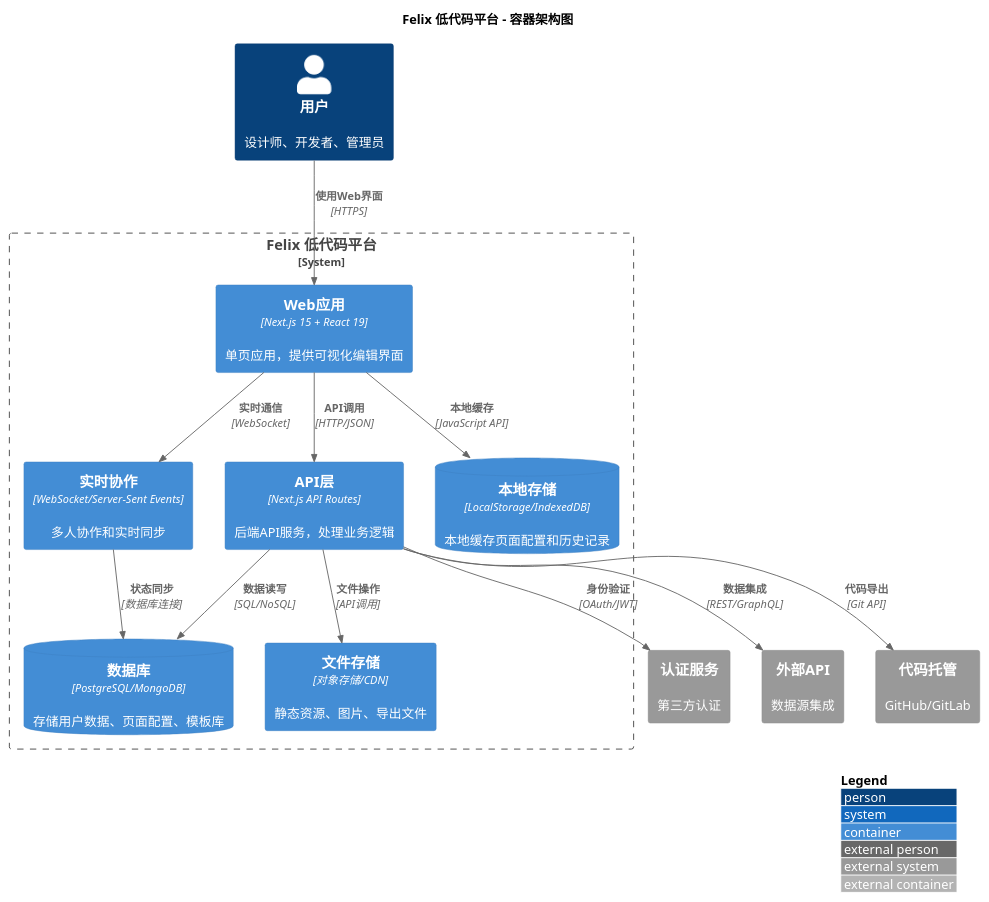
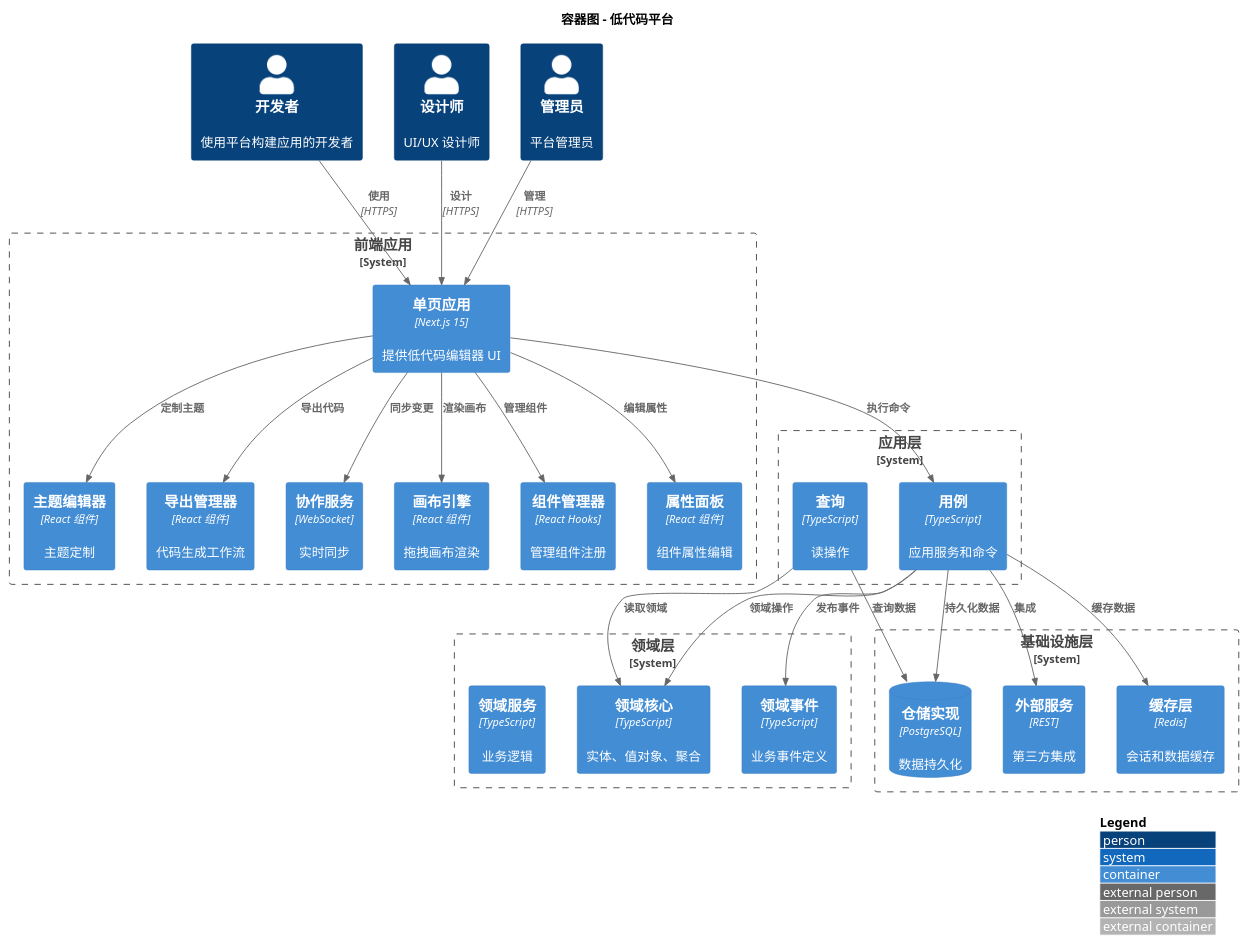
Before and after one commit to felixzhu97/low-code-platform: the diagram in docs/architecture/c4-container.puml, drawn with PlantUML. The commit also changed 3 other files, not shown here.

First line of the commit message:
docs: localize C4 PlantUML includes and update architecture diagrams

```diff
--- a/docs/architecture/c4-container.puml
+++ b/docs/architecture/c4-container.puml
@@ -1,37 +1,60 @@
-@startuml
+@startuml 低代码平台 - C4 容器图
 !include ./c4-plantuml/C4_Container.puml
 
 LAYOUT_WITH_LEGEND()
 
-title Felix 低代码平台 - 容器架构图
+title 容器图 - 低代码平台
 
-Person(user, "用户", "设计师、开发者、管理员")
+Person(developer, "开发者", "使用平台构建应用的开发者")
+Person(designer, "设计师", "UI/UX 设计师")
+Person(admin, "管理员", "平台管理员")
 
-System_Boundary(lowcode, "Felix 低代码平台") {
-    Container(webapp, "Web应用", "Next.js 15 + React 19", "单页应用，提供可视化编辑界面")
-    Container(api, "API层", "Next.js API Routes", "后端API服务，处理业务逻辑")
-    Container(realtime, "实时协作", "WebSocket/Server-Sent Events", "多人协作和实时同步")
-    
-    ContainerDb(localstorage, "本地存储", "LocalStorage/IndexedDB", "本地缓存页面配置和历史记录")
-    ContainerDb(database, "数据库", "PostgreSQL/MongoDB", "存储用户数据、页面配置、模板库")
-    Container(storage, "文件存储", "对象存储/CDN", "静态资源、图片、导出文件")
+System_Boundary(frontend, "前端应用") {
+    Container(spa, "单页应用", "Next.js 15", "提供低代码编辑器 UI")
+    Container(canvas, "画布引擎", "React 组件", "拖拽画布渲染")
+    Container(component_mgr, "组件管理器", "React Hooks", "管理组件注册")
+    Container(property_panel, "属性面板", "React 组件", "组件属性编辑")
+    Container(theme_editor, "主题编辑器", "React 组件", "主题定制")
+    Container(export_mgr, "导出管理器", "React 组件", "代码生成工作流")
+    Container(collaboration, "协作服务", "WebSocket", "实时同步")
 }
 
-System_Ext(auth, "认证服务", "第三方认证")
-System_Ext(external_api, "外部API", "数据源集成")
-System_Ext(git_service, "代码托管", "GitHub/GitLab")
+System_Boundary(domain, "领域层") {
+    Container(domain_core, "领域核心", "TypeScript", "实体、值对象、聚合")
+    Container(domain_events, "领域事件", "TypeScript", "业务事件定义")
+    Container(domain_services, "领域服务", "TypeScript", "业务逻辑")
+}
 
-Rel(user, webapp, "使用Web界面", "HTTPS")
-Rel(webapp, api, "API调用", "HTTP/JSON")
-Rel(webapp, realtime, "实时通信", "WebSocket")
-Rel(webapp, localstorage, "本地缓存", "JavaScript API")
+System_Boundary(application, "应用层") {
+    Container(use_cases, "用例", "TypeScript", "应用服务和命令")
+    Container(queries, "查询", "TypeScript", "读操作")
+}
 
-Rel(api, database, "数据读写", "SQL/NoSQL")
-Rel(api, storage, "文件操作", "API调用")
-Rel(api, auth, "身份验证", "OAuth/JWT")
-Rel(api, external_api, "数据集成", "REST/GraphQL")
-Rel(api, git_service, "代码导出", "Git API")
+System_Boundary(infrastructure, "基础设施层") {
+    ContainerDb(repo_impl, "仓储实现", "PostgreSQL", "数据持久化")
+    Container(ext_services, "外部服务", "REST", "第三方集成")
+    Container(cache, "缓存层", "Redis", "会话和数据缓存")
+}
 
-Rel(realtime, database, "状态同步", "数据库连接")
+Rel(developer, spa, "使用", "HTTPS")
+Rel(designer, spa, "设计", "HTTPS")
+Rel(admin, spa, "管理", "HTTPS")
 
-@enduml 
+Rel(spa, canvas, "渲染画布")
+Rel(spa, component_mgr, "管理组件")
+Rel(spa, property_panel, "编辑属性")
+Rel(spa, theme_editor, "定制主题")
+Rel(spa, export_mgr, "导出代码")
+Rel(spa, collaboration, "同步变更")
+
+Rel(spa, use_cases, "执行命令")
+Rel(use_cases, domain_core, "领域操作")
+Rel(use_cases, domain_events, "发布事件")
+Rel(queries, domain_core, "读取领域")
+
+Rel(use_cases, repo_impl, "持久化数据")
+Rel(queries, repo_impl, "查询数据")
+Rel(use_cases, cache, "缓存数据")
+Rel(use_cases, ext_services, "集成")
+
+@enduml
```
